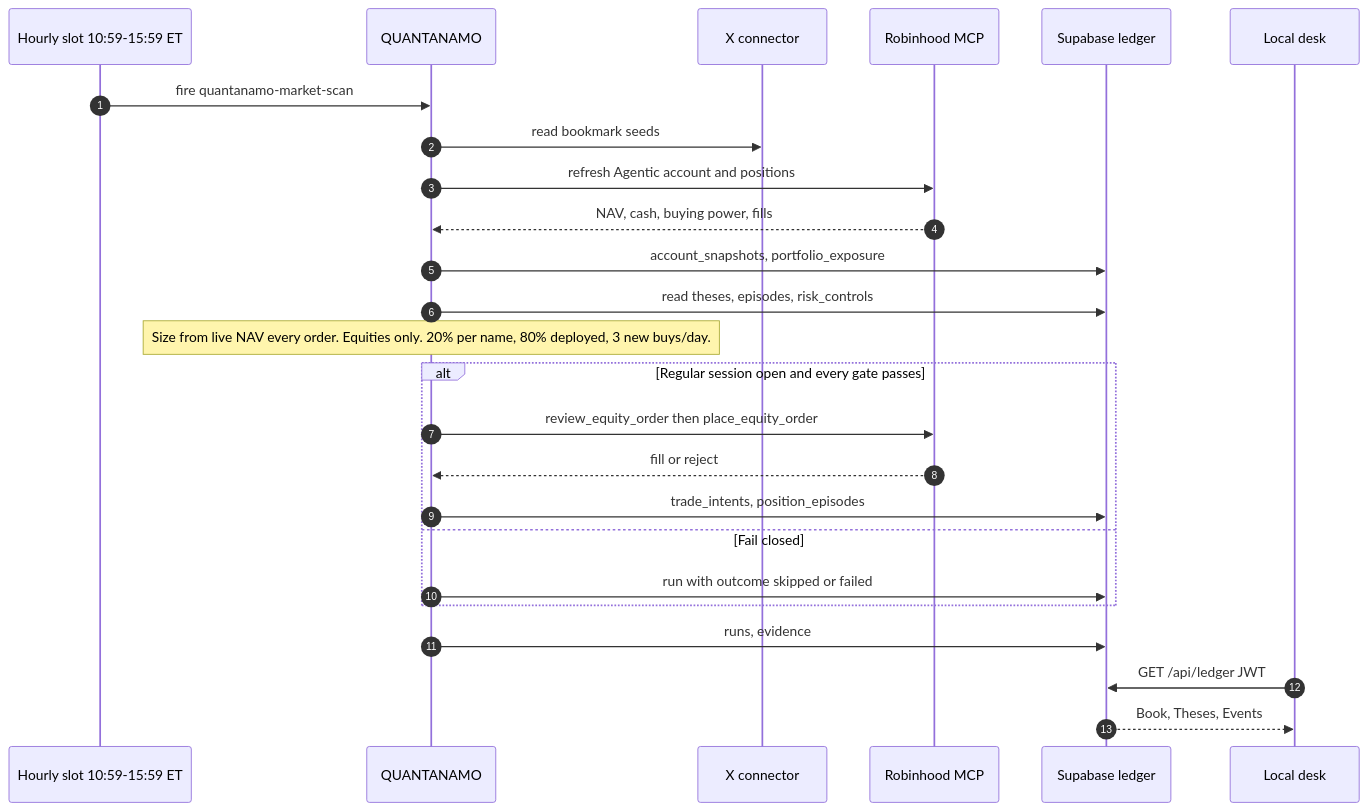
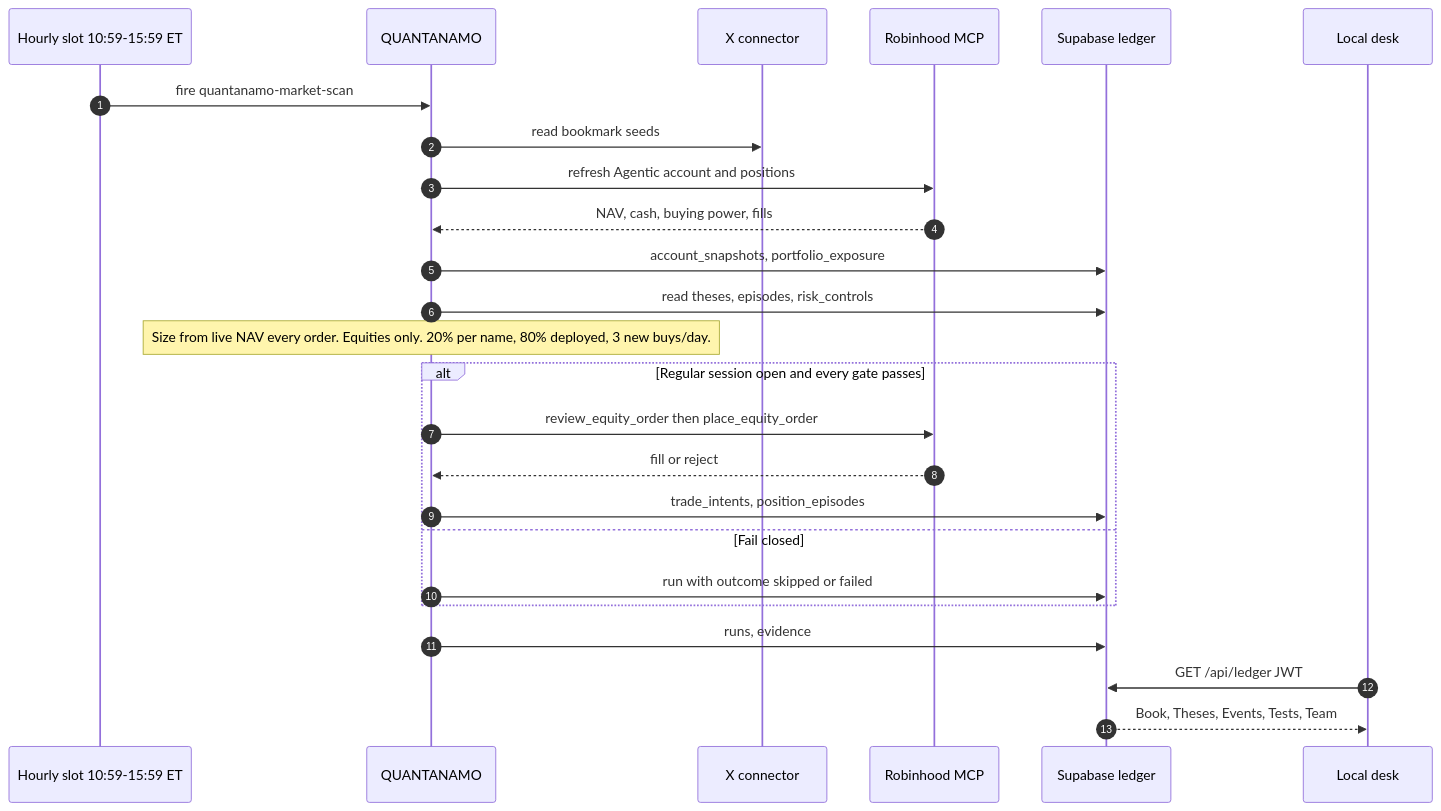
Before and after one commit to dwallach1/grasshopper: the second of 2 diagrams in README.md, drawn with Mermaid. The commit also changed other lines of this file and 24 other files, not shown here.

First line of the commit message:
Add TEAM tab for desk agents and domain stewards

````diff
--- a/README.md
+++ b/README.md
@@ -73,28 +73,28 @@
 ```mermaid
 sequenceDiagram
   autonumber
   participant Slot as Hourly slot 10:59-15:59 ET
   participant Bot as QUANTANAMO
   participant X as X connector
   participant RH as Robinhood MCP
   participant DB as Supabase ledger
   participant Desk as Local desk
 
   Slot->>Bot: fire quantanamo-market-scan
   Bot->>X: read bookmark seeds
   Bot->>RH: refresh Agentic account and positions
   RH-->>Bot: NAV, cash, buying power, fills
   Bot->>DB: account_snapshots, portfolio_exposure
   Bot->>DB: read theses, episodes, risk_controls
   Note over Bot: Size from live NAV every order. Equities only. 20% per name, 80% deployed, 3 new buys/day.
   alt Regular session open and every gate passes
     Bot->>RH: review_equity_order then place_equity_order
     RH-->>Bot: fill or reject
     Bot->>DB: trade_intents, position_episodes
   else Fail closed
     Bot->>DB: run with outcome skipped or failed
   end
   Bot->>DB: runs, evidence
   Desk->>DB: GET /api/ledger JWT
-  DB-->>Desk: Book, Theses, Events
+  DB-->>Desk: Book, Theses, Events, Tests, Team
 ```
````
